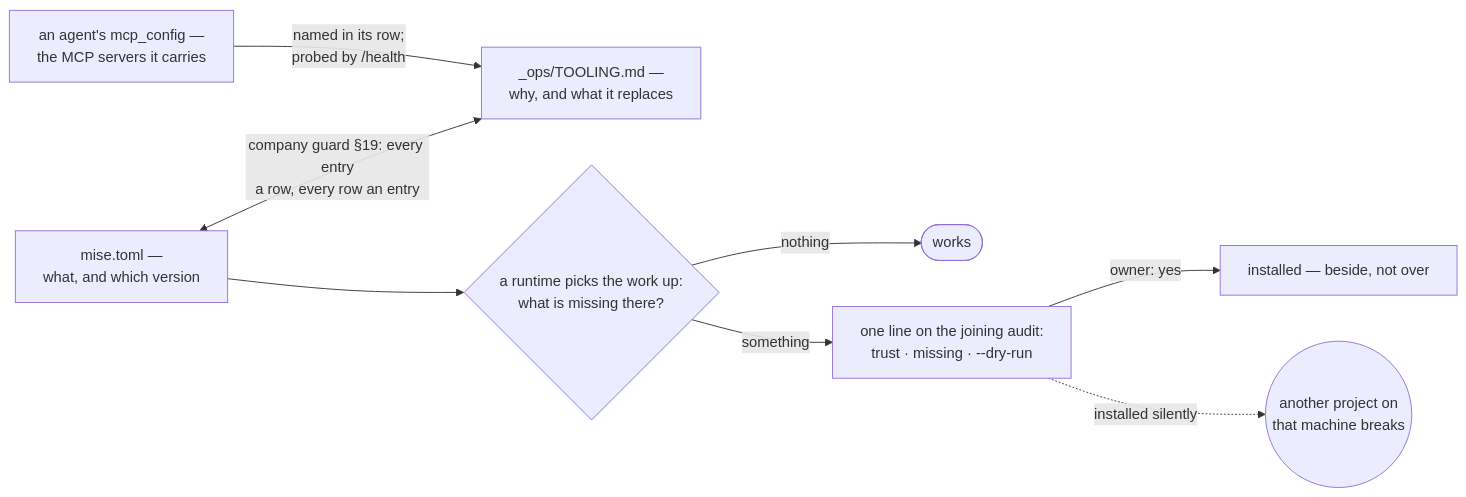
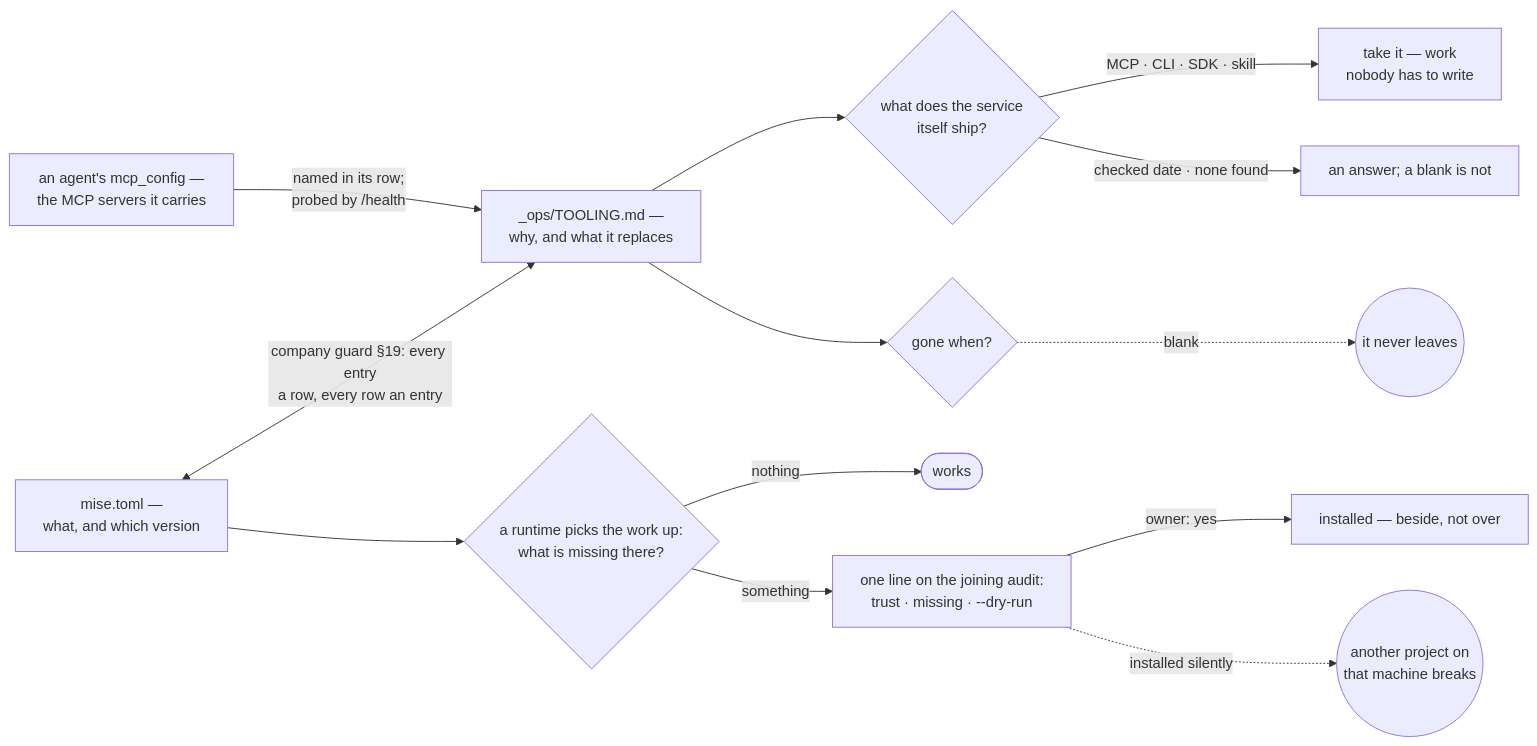
The first of 2 diagrams in PLAYBOOKS.md (jamillazarev/multica-ops), drawn with Mermaid before and after one commit. The commit also changed 2 other files, not shown here.

Commit message:
the surfaces catch up: README, use-cases, and the register in the diagram
README gained the two rules a reader meets — the publish gate stopping the act and not a
sentence about it, with the refusal carrying the owner's own last instruction as context
and never as consent; and a dependency saying what the service ships and when it leaves.

USE-CASES gained the two situations that go with them.

And the machine-needs diagram now shows the register's two new columns: what the service
ships, where `checked <date> · none found` is an answer and a blank is not, and gone when
— with the blank drawn as what it is, a row that never leaves.

````diff
--- a/PLAYBOOKS.md
+++ b/PLAYBOOKS.md
@@ -1523,10 +1523,15 @@
 ```mermaid
 flowchart LR
   N["mise.toml —<br/>what, and which version"] <-->|"company guard §19: every entry<br/>a row, every row an entry"| R["_ops/TOOLING.md —<br/>why, and what it replaces"]
   A["an agent's mcp_config —<br/>the MCP servers it carries"] -->|"named in its row;<br/>probed by /health"| R
+  R --> S{"what does the service<br/>itself ship?"}
+  S -->|"MCP · CLI · SDK · skill"| T["take it — work<br/>nobody has to write"]
+  S -->|"`checked date · none found`"| D["an answer; a blank is not"]
+  R --> G{"gone when?"}
+  G -.->|"blank"| NV(("it never leaves"))
   N --> J{"a runtime picks the work up:<br/>what is missing there?"}
   J -->|"nothing"| OK(["works"])
   J -->|"something"| L["one line on the joining audit:<br/>trust · missing · --dry-run"]
   L -->|"owner: yes"| I["installed — beside, not over"]
   L -.->|"installed silently"| X(("another project on<br/>that machine breaks"))
 ```
````
